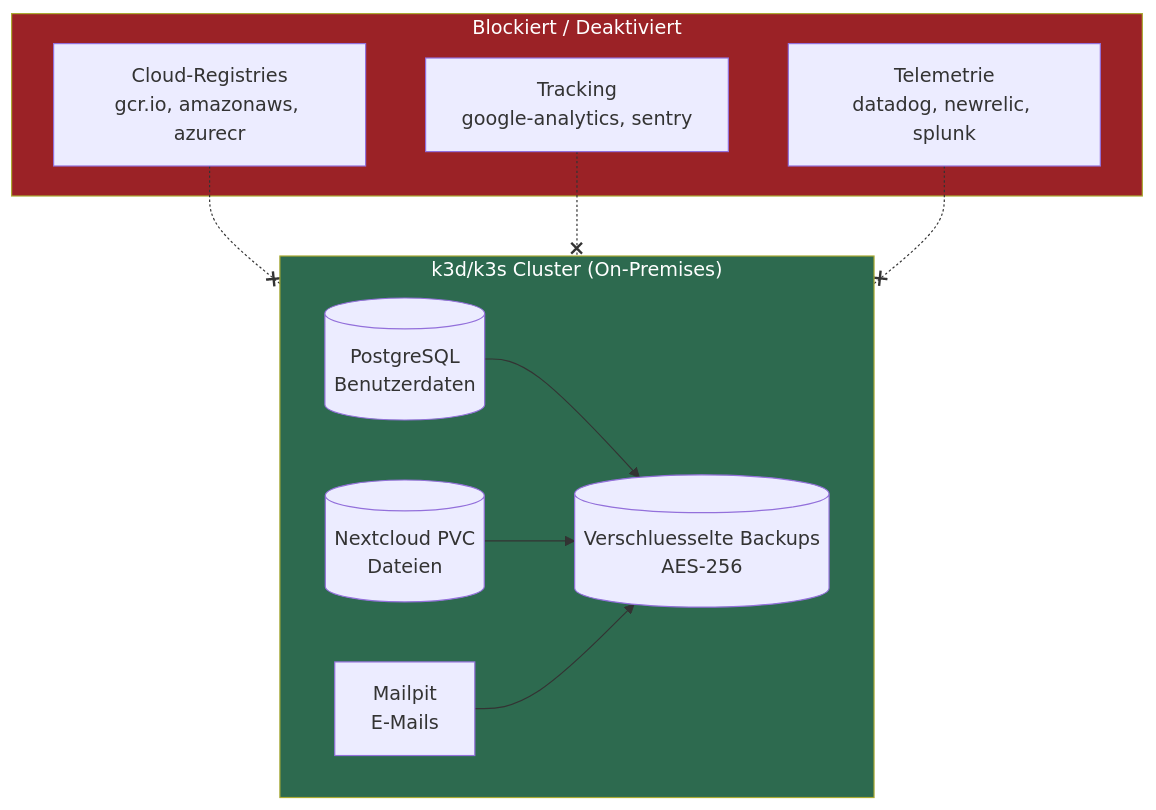
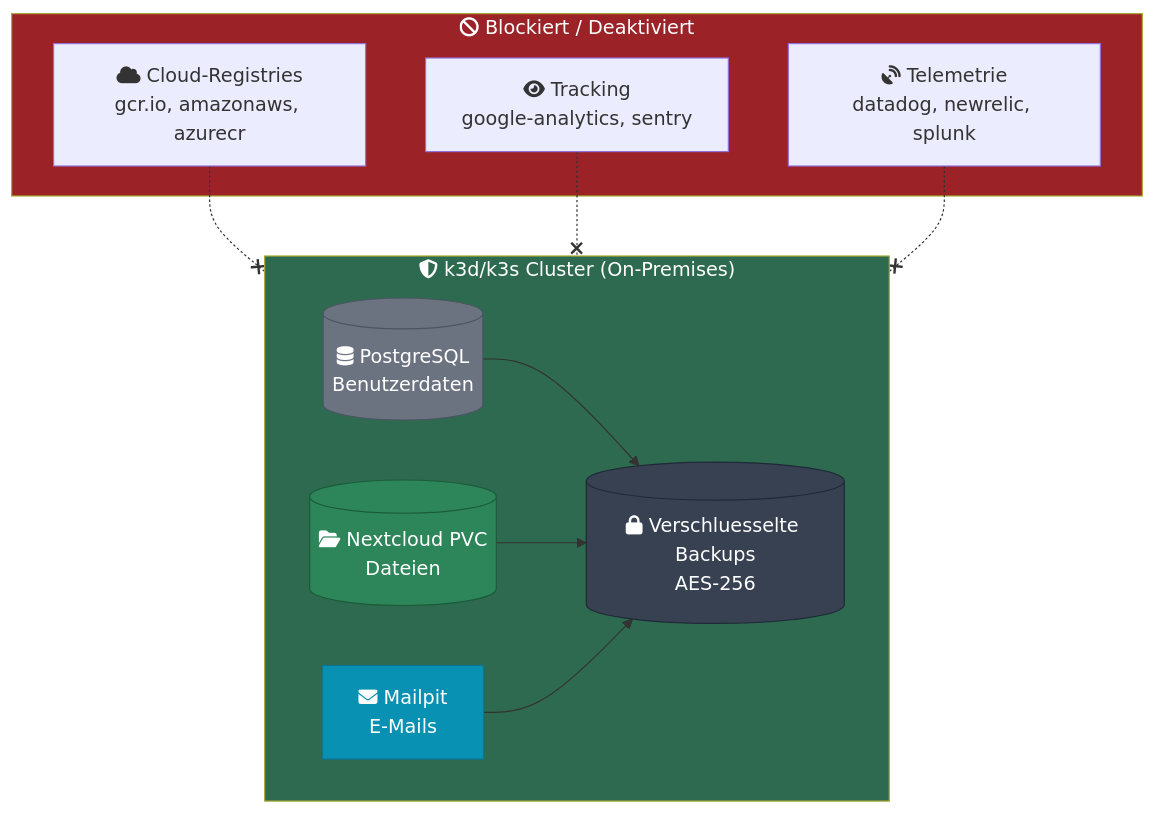
Before and after one commit to Paddione/Bachelorprojekt: the first of 2 diagrams in docs/security.md, drawn with Mermaid. The commit also changed other lines of this file and 6 other files, not shown here.

First line of the commit message:
docs: Dokumentation ins Deutsche übersetzen und Mermaid-Diagramme visuell aufwerten

````diff
--- a/docs/security.md
+++ b/docs/security.md
@@ -7,23 +7,27 @@
 ```mermaid
 flowchart TB
-    subgraph Cluster ["k3d/k3s Cluster (On-Premises)"]
-        DB[(PostgreSQL<br/>Benutzerdaten)]
-        FILES[(Nextcloud PVC<br/>Dateien)]
-        MAIL[Mailpit<br/>E-Mails]
-        BACKUP[(Verschluesselte Backups<br/>AES-256)]
+    subgraph Cluster ["fa:fa-shield-halved k3d/k3s Cluster (On-Premises)"]
+        DB[("fa:fa-database PostgreSQL<br/>Benutzerdaten")]
+        FILES[("fa:fa-folder-open Nextcloud PVC<br/>Dateien")]
+        MAIL["fa:fa-envelope Mailpit<br/>E-Mails"]
+        BACKUP[("fa:fa-lock Verschluesselte Backups<br/>AES-256")]
     end
 
-    subgraph Blocked ["Blockiert / Deaktiviert"]
-        CLOUD[Cloud-Registries<br/>gcr.io, amazonaws, azurecr]
-        TRACK[Tracking<br/>google-analytics, sentry]
-        TELE[Telemetrie<br/>datadog, newrelic, splunk]
+    subgraph Blocked ["fa:fa-ban Blockiert / Deaktiviert"]
+        CLOUD["fa:fa-cloud Cloud-Registries<br/>gcr.io, amazonaws, azurecr"]
+        TRACK["fa:fa-eye Tracking<br/>google-analytics, sentry"]
+        TELE["fa:fa-satellite-dish Telemetrie<br/>datadog, newrelic, splunk"]
     end
 
     DB & FILES & MAIL --> BACKUP
     CLOUD -.-x Cluster
     TRACK -.-x Cluster
     TELE -.-x Cluster
 
+    style Cluster fill:#2d6a4f,color:#fff
     style Blocked fill:#9b2226,color:#fff
-    style Cluster fill:#2d6a4f,color:#fff
+    style DB fill:#6b7280,color:#fff,stroke:#4b5563
+    style FILES fill:#2d8659,color:#fff,stroke:#1a5c3a
+    style MAIL fill:#0891b2,color:#fff,stroke:#0e7490
+    style BACKUP fill:#374151,color:#fff,stroke:#1f2937
 ```
````
